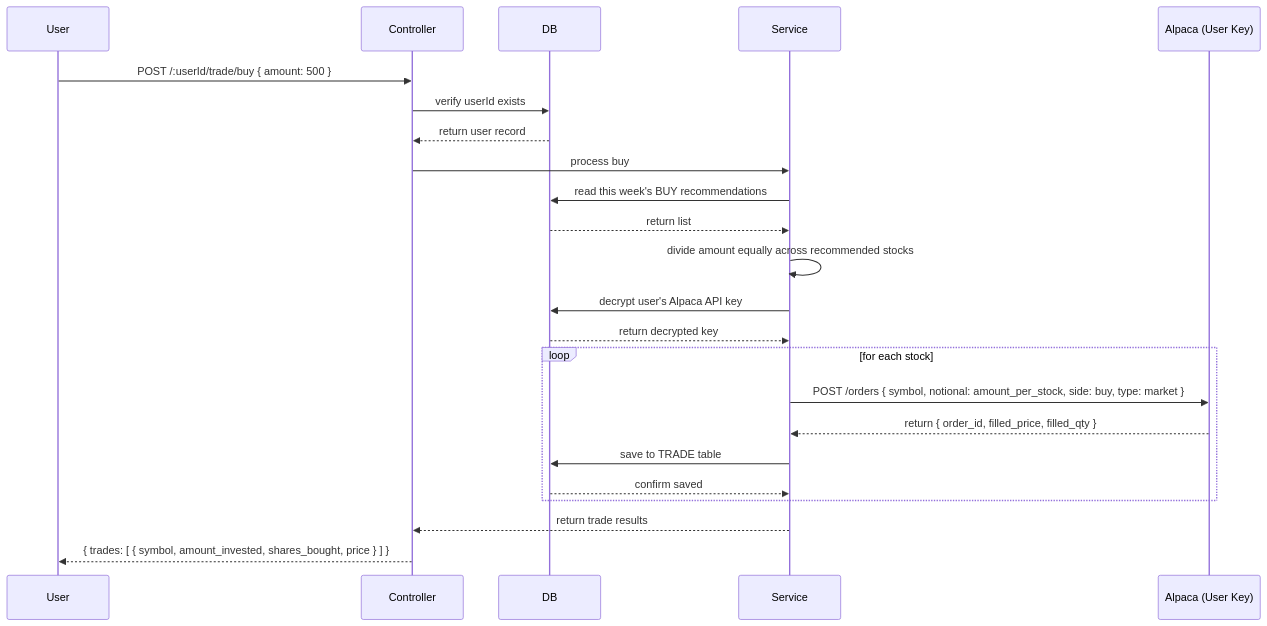
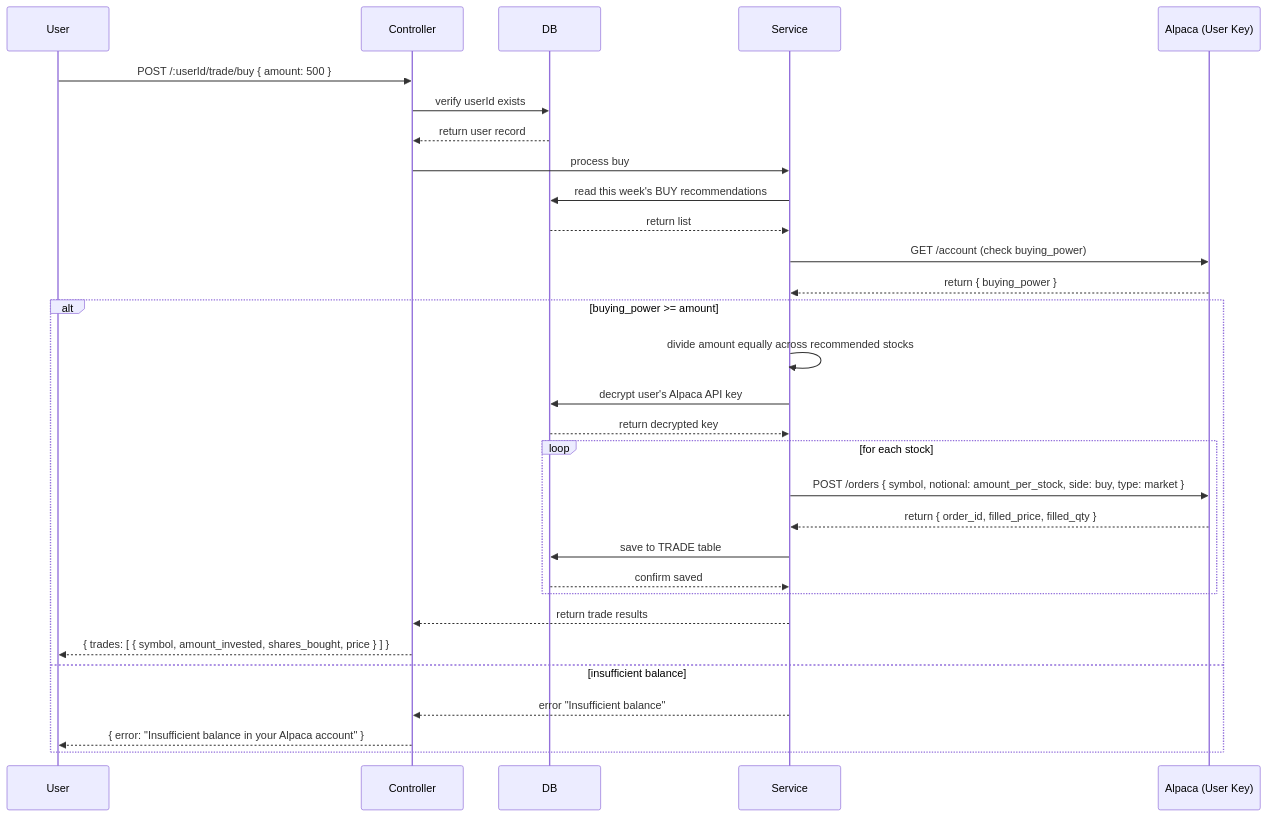
One commit to shivam-tamboli/momentum-trading-system changed the second of 4 diagrams in docs/sequence-diagram.md. Above: the diagram before and after it, drawn with Mermaid.

Commit message:
Add buying_power check to User Buy Flow diagram
Buy flow now checks Alpaca buying_power before dividing the amount,
branching to an insufficient-balance error path if funds are too low.

````diff
--- a/docs/sequence-diagram.md
+++ b/docs/sequence-diagram.md
@@ -37,30 +37,38 @@
 ```mermaid
 sequenceDiagram
     participant User
     participant Controller
     participant DB
     participant Service
     participant Alpaca as Alpaca (User Key)
 
     User->>Controller: POST /:userId/trade/buy { amount: 500 }
     Controller->>DB: verify userId exists
     DB-->>Controller: return user record
     Controller->>Service: process buy
 
     Service->>DB: read this week's BUY recommendations
     DB-->>Service: return list
 
-    Service->>Service: divide amount equally across recommended stocks
-    Service->>DB: decrypt user's Alpaca API key
-    DB-->>Service: return decrypted key
+    Service->>Alpaca: GET /account (check buying_power)
+    Alpaca-->>Service: return { buying_power }
 
-    loop for each stock
-        Service->>Alpaca: POST /orders { symbol, notional: amount_per_stock, side: buy, type: market }
-        Alpaca-->>Service: return { order_id, filled_price, filled_qty }
-        Service->>DB: save to TRADE table
-        DB-->>Service: confirm saved
+    alt buying_power >= amount
+        Service->>Service: divide amount equally across recommended stocks
+        Service->>DB: decrypt user's Alpaca API key
+        DB-->>Service: return decrypted key
+
+        loop for each stock
+            Service->>Alpaca: POST /orders { symbol, notional: amount_per_stock, side: buy, type: market }
+            Alpaca-->>Service: return { order_id, filled_price, filled_qty }
+            Service->>DB: save to TRADE table
+            DB-->>Service: confirm saved
+        end
+
+        Service-->>Controller: return trade results
+        Controller-->>User: { trades: [ { symbol, amount_invested, shares_bought, price } ] }
+    else insufficient balance
+        Service-->>Controller: error "Insufficient balance"
+        Controller-->>User: { error: "Insufficient balance in your Alpaca account" }
     end
-
-    Service-->>Controller: return trade results
-    Controller-->>User: { trades: [ { symbol, amount_invested, shares_bought, price } ] }
 ```
````
